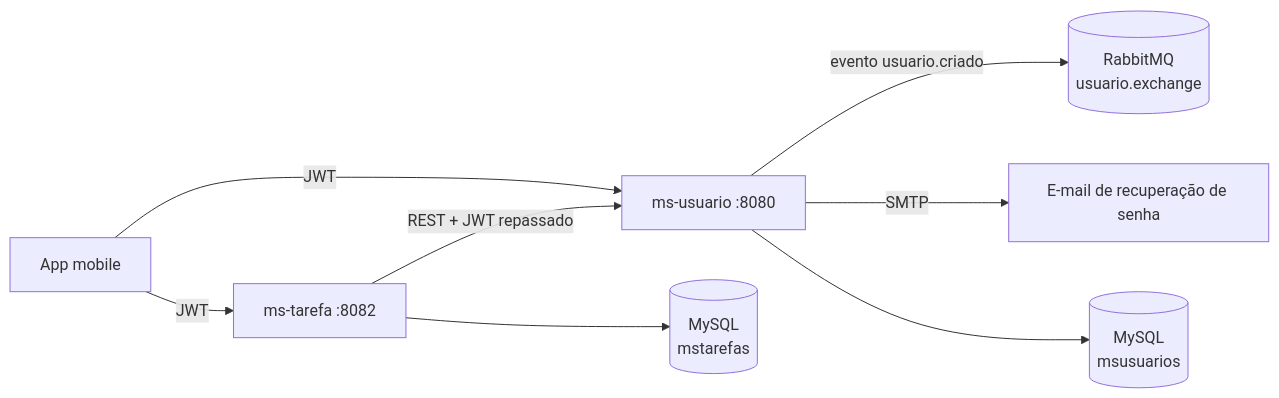
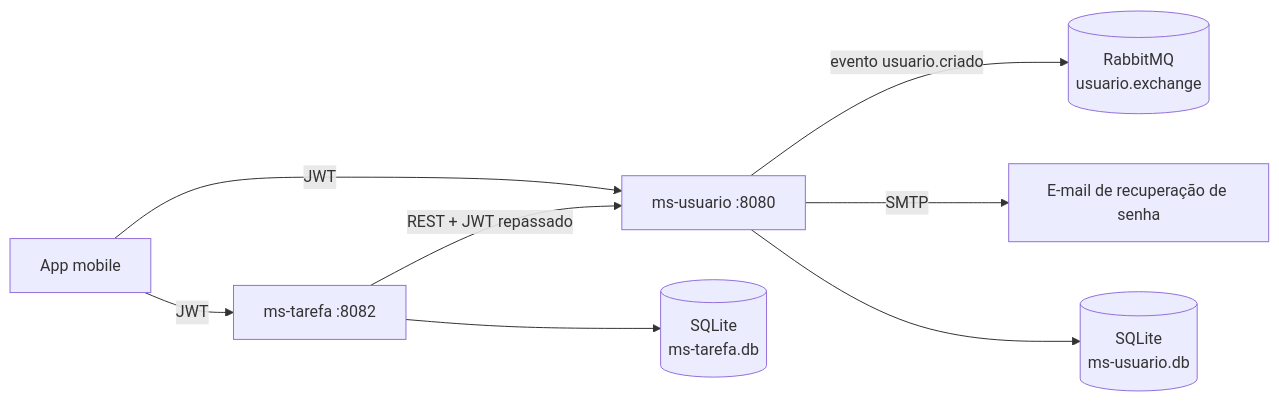
Before and after one commit to Bifaniii/mobile-house-task-manager-java: the first of 2 diagrams in README.md, drawn with Mermaid. The commit also changed other lines of this file and 10 other files, not shown here.

````diff
--- a/README.md
+++ b/README.md
@@ -11,10 +11,10 @@
 ```mermaid
 flowchart LR
     app[App mobile] -->|JWT| usuario[ms-usuario :8080]
     app -->|JWT| tarefa[ms-tarefa :8082]
     tarefa -->|REST + JWT repassado| usuario
     usuario -->|evento usuario.criado| rabbit[(RabbitMQ<br/>usuario.exchange)]
     usuario -->|SMTP| mail[E-mail de recuperação de senha]
-    usuario --> db1[(MySQL<br/>msusuarios)]
-    tarefa --> db2[(MySQL<br/>mstarefas)]
+    usuario --> db1[(SQLite<br/>ms-usuario.db)]
+    tarefa --> db2[(SQLite<br/>ms-tarefa.db)]
 ```
````
